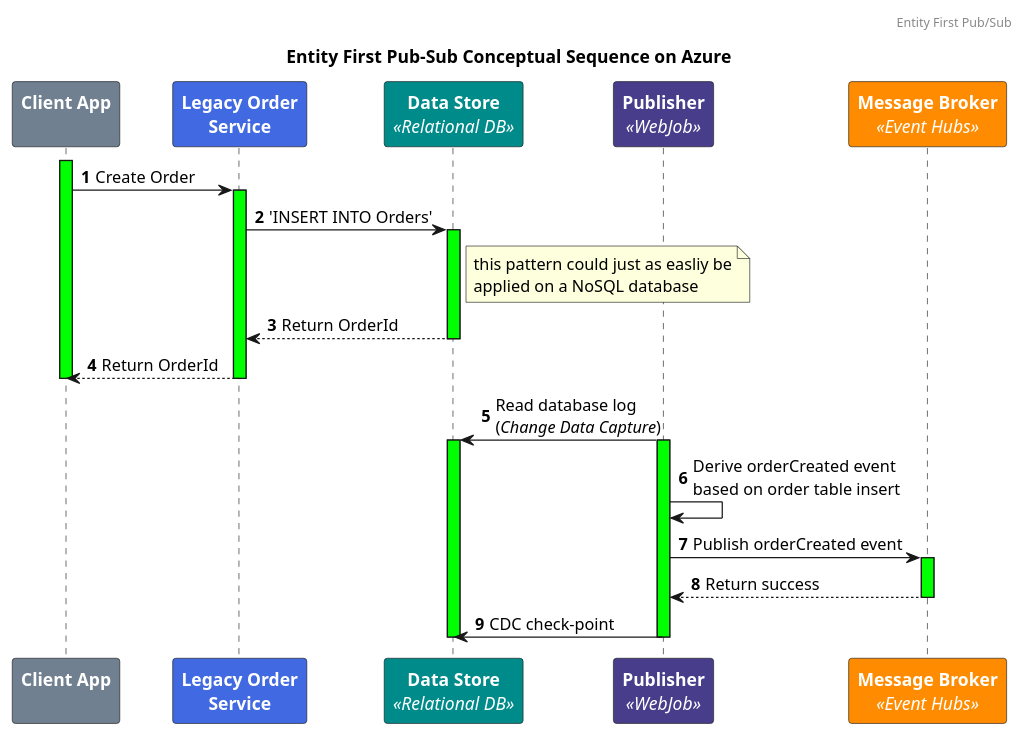
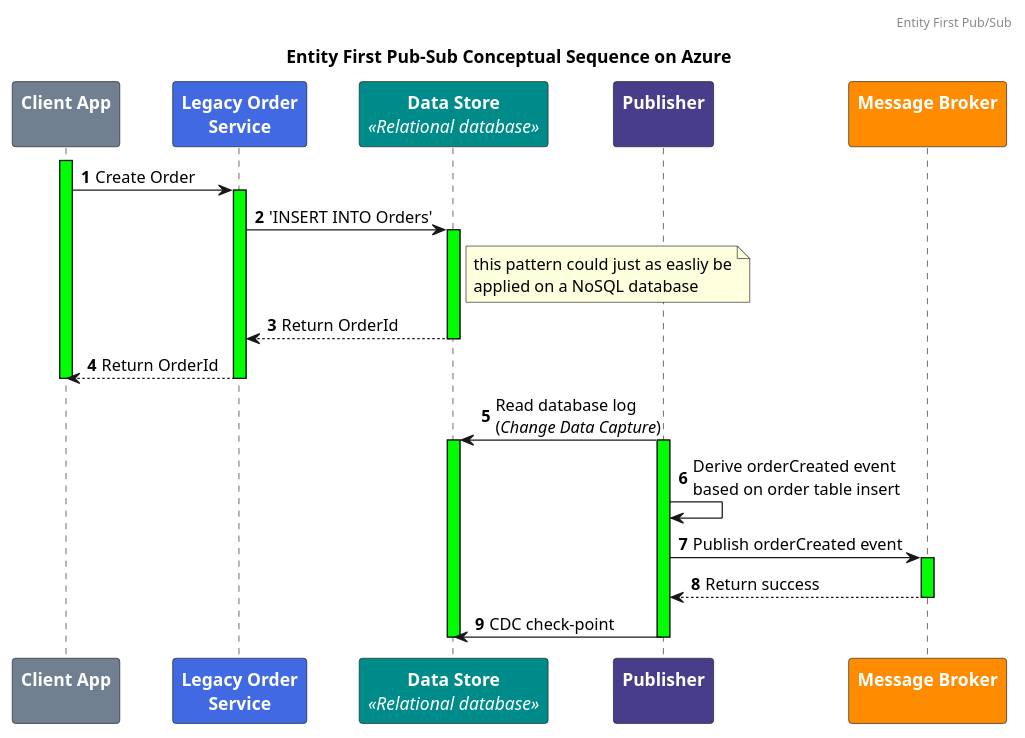
Before and after one commit to Gio0300/LoosePubSubAzure: the diagram in diagrams/entity_first_azure_conceptual.puml, drawn with PlantUML. The commit also changed 4 other files, not shown here.

```diff
--- a/diagrams/entity_first_azure_conceptual.puml
+++ b/diagrams/entity_first_azure_conceptual.puml
@@ -1,39 +1,39 @@
 @startuml
 skinparam ParticipantFontSize 14
 skinparam ParticipantFontColor #White
 header "Entity First Pub/Sub"
 title Entity First Pub-Sub Conceptual Sequence on Azure
 participant ClientApp as "<b>Client App\n" #SlateGray
 participant OrderService as "<b>Legacy Order\n<b>Service" #RoyalBlue
-participant DataStore as "<b>Data Store\n<i><<Relational DB>>" #DarkCyan
-participant Publisher as "<b>Publisher\n<i><<WebJob>>" #DarkSlateBlue
-participant EventHubs as "<b>Message Broker\n<i><<Event Hubs>>" #Darkorange
+participant DataStore as "<b>Data Store\n<i><<Relational database>>" #DarkCyan
+participant Publisher as "<b>Publisher\n" #DarkSlateBlue
+participant EventHubs as "<b>Message Broker\n" #Darkorange
 
 autonumber
 activate ClientApp #Lime
 ClientApp -> OrderService : Create Order
 activate OrderService #Lime
 
 OrderService -> DataStore : 'INSERT INTO Orders'
 note right of DataStore: this pattern could just as easliy be\napplied on a NoSQL database
 activate DataStore #Lime
 DataStore --> OrderService : Return OrderId
 
 deactivate DataStore
 OrderService --> ClientApp : Return OrderId
 deactivate OrderService
 deactivate ClientApp
 
 DataStore <- Publisher : Read database log\n(<i>Change Data Capture</i>)
 activate DataStore #Lime
 activate Publisher #Lime
 Publisher -> Publisher : Derive orderCreated event\nbased on order table insert
 
 Publisher -> EventHubs : Publish orderCreated event
 activate EventHubs #Lime
 EventHubs --> Publisher : Return success
 deactivate EventHubs
 Publisher -> DataStore : CDC check-point
 deactivate Publisher
 deactivate DataStore
 @enduml
```
